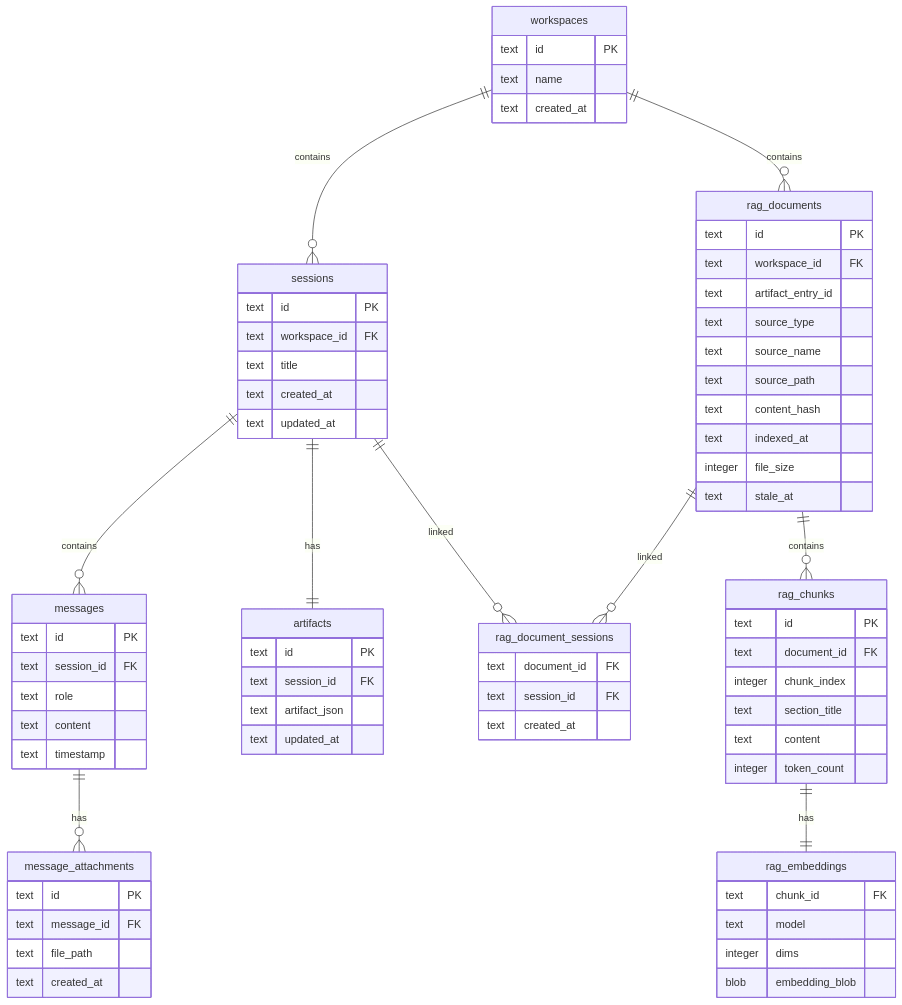
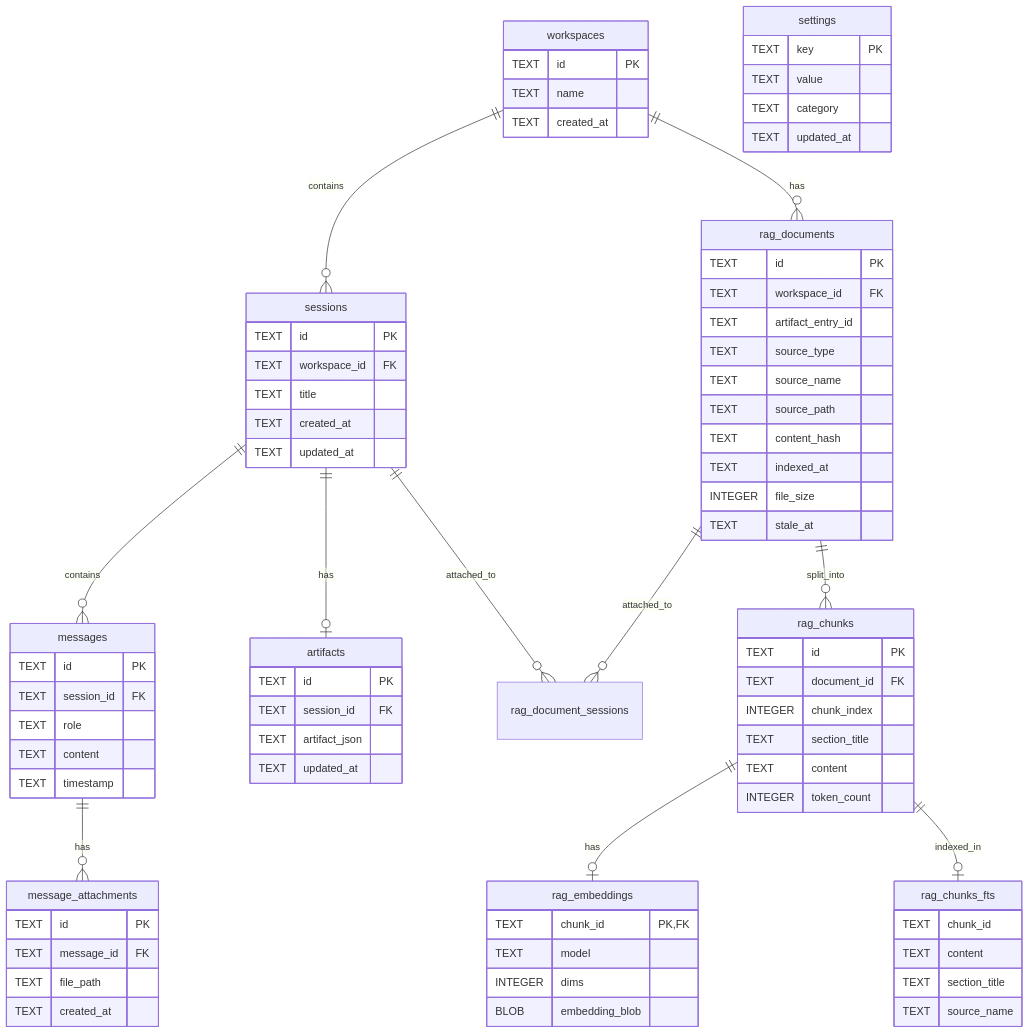
One commit to Mariano17omega/attractor-desk-alpha changed the sixth of 9 diagrams in report.md. Above: the diagram before and after it, drawn with Mermaid. The commit also changed other lines of this file and 32 other files, not shown here.

````diff
--- a/report.md
+++ b/report.md
@@ -319,83 +279,92 @@
 ```mermaid
 erDiagram
     workspaces ||--o{ sessions : contains
-    workspaces ||--o{ rag_documents : contains
+    workspaces ||--o{ rag_documents : has
     sessions ||--o{ messages : contains
-    sessions ||--|| artifacts : has
-    sessions ||--o{ rag_document_sessions : linked
+    sessions ||--o| artifacts : has
+    sessions ||--o{ rag_document_sessions : attached_to
     messages ||--o{ message_attachments : has
-    rag_documents ||--o{ rag_chunks : contains
-    rag_documents ||--o{ rag_document_sessions : linked
-    rag_chunks ||--|| rag_embeddings : has
+    rag_documents ||--o{ rag_chunks : split_into
+    rag_documents ||--o{ rag_document_sessions : attached_to
+    rag_chunks ||--o| rag_embeddings : has
+    rag_chunks ||--o| rag_chunks_fts : indexed_in
     
     workspaces {
-        text id PK
-        text name
-        text created_at
+        TEXT id PK
+        TEXT name
+        TEXT created_at
     }
     
     sessions {
-        text id PK
-        text workspace_id FK
-        text title
-        text created_at
-        text updated_at
+        TEXT id PK
+        TEXT workspace_id FK
+        TEXT title
+        TEXT created_at
+        TEXT updated_at
     }
     
     messages {
-        text id PK
-        text session_id FK
-        text role
-        text content
-        text timestamp
+        TEXT id PK
+        TEXT session_id FK
+        TEXT role
+        TEXT content
+        TEXT timestamp
     }
     
     message_attachments {
-        text id PK
-        text message_id FK
-        text file_path
-        text created_at
+        TEXT id PK
+        TEXT message_id FK
+        TEXT file_path
+        TEXT created_at
     }
     
     artifacts {
-        text id PK
-        text session_id FK
-        text artifact_json
-        text updated_at
+        TEXT id PK
+        TEXT session_id FK
+        TEXT artifact_json
+        TEXT updated_at
     }
     
     rag_documents {
-        text id PK
-        text workspace_id FK
-        text artifact_entry_id
-        text source_type
-        text source_name
-        text source_path
-        text content_hash
-        text indexed_at
-        integer file_size
-        text stale_at
-    }
-    
-    rag_document_sessions {
-        text document_id FK
-        text session_id FK
-        text created_at
+        TEXT id PK
+        TEXT workspace_id FK
+        TEXT artifact_entry_id
+        TEXT source_type
+        TEXT source_name
+        TEXT source_path
+        TEXT content_hash
+        TEXT indexed_at
+        INTEGER file_size
+        TEXT stale_at
     }
     
     rag_chunks {
-        text id PK
-        text document_id FK
-        integer chunk_index
-        text section_title
-        text content
-        integer token_count
+        TEXT id PK
+        TEXT document_id FK
+        INTEGER chunk_index
+        TEXT section_title
+        TEXT content
+        INTEGER token_count
     }
     
     rag_embeddings {
-        text chunk_id FK
-        text model
-        integer dims
-        blob embedding_blob
+        TEXT chunk_id PK,FK
+        TEXT model
+        INTEGER dims
+        BLOB embedding_blob
+    }
+    
+    rag_chunks_fts {
+        TEXT chunk_id
+        TEXT content
+        TEXT section_title
+        TEXT source_name
+    }
+    
+    settings {
+        TEXT key PK
+        TEXT value
+        TEXT category
+        TEXT updated_at
     }
 ```
````
